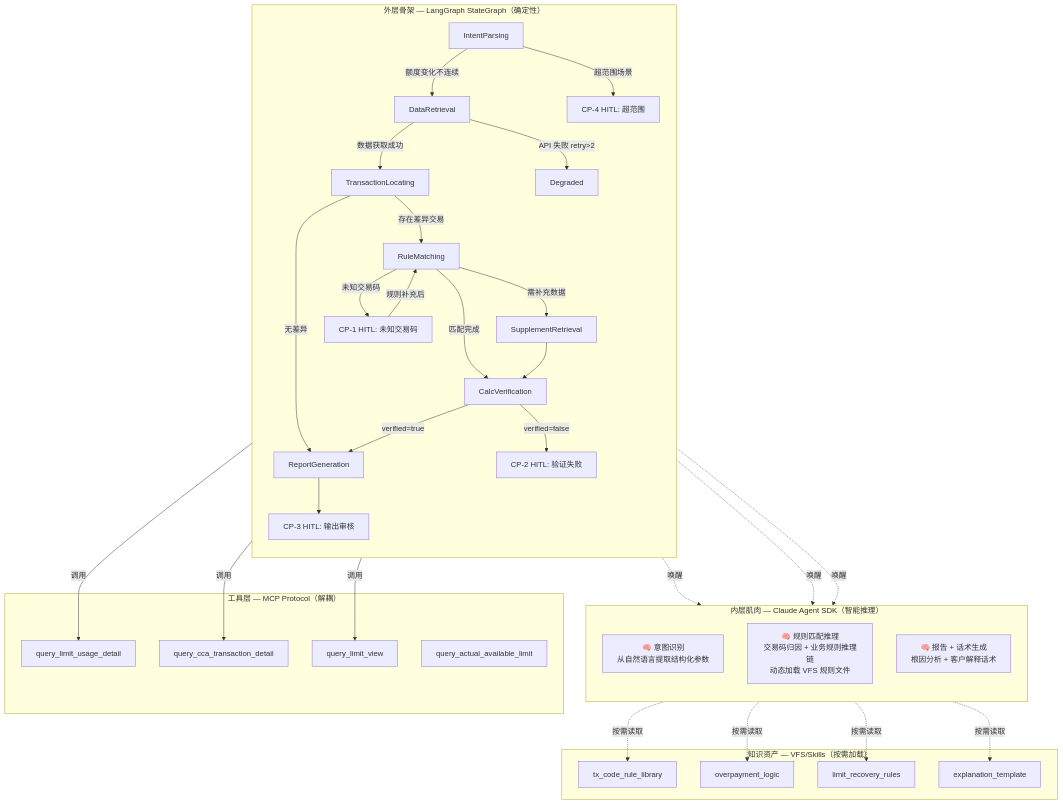
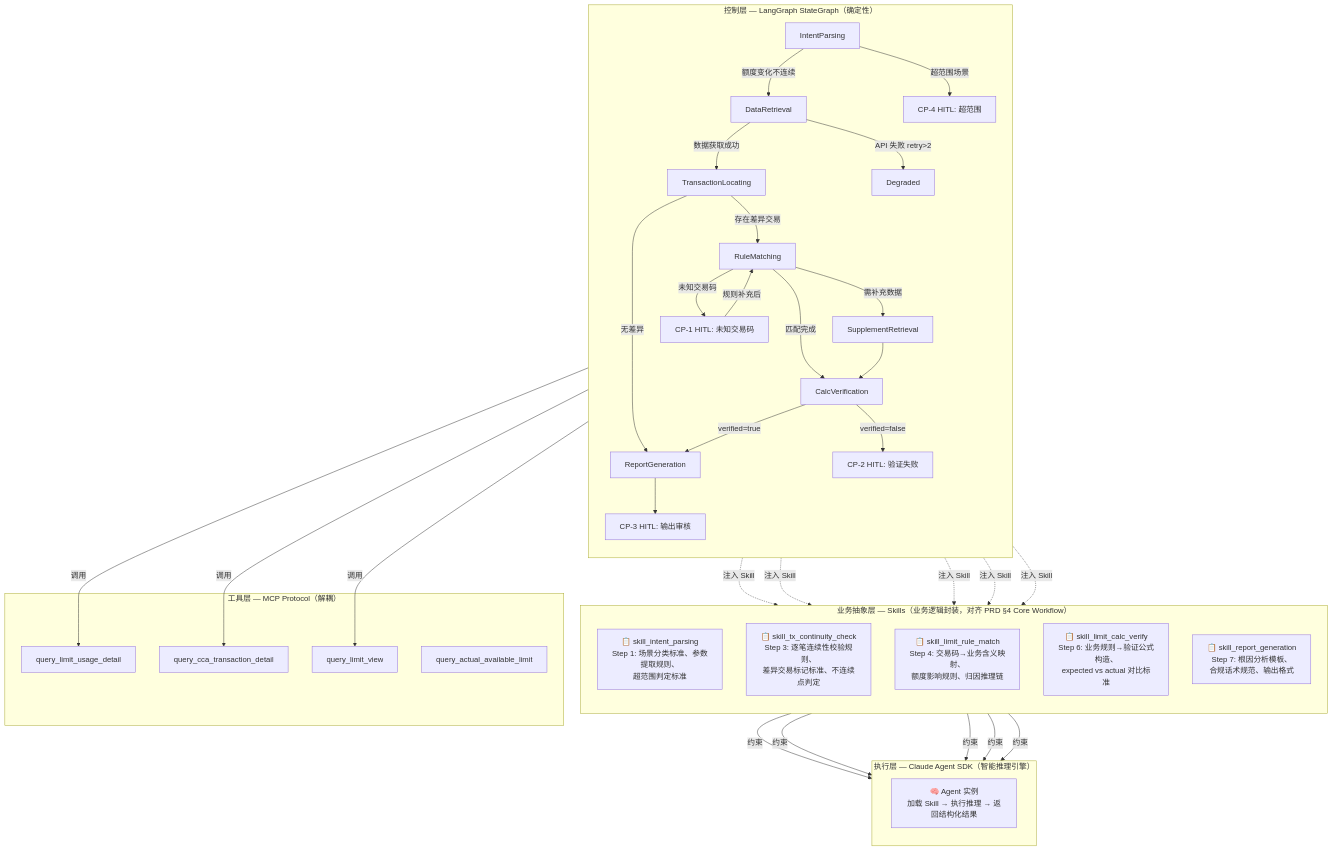
One commit to southpy/auth-limit-autopilot changed the first of 2 diagrams in 01-design/architecture.md. Above: the diagram before and after it, drawn with Mermaid. The commit also changed other lines of this file and 4 other files, not shown here.

````diff
--- a/01-design/architecture.md
+++ b/01-design/architecture.md
@@ -59,65 +72,68 @@
 ```mermaid
 flowchart TB
-    subgraph Skeleton["外层骨架 — LangGraph StateGraph（确定性）"]
+    subgraph Skeleton["控制层 — LangGraph StateGraph（确定性）"]
         direction TB
         S1[IntentParsing]
         S2[DataRetrieval]
         S3[TransactionLocating]
         S4[RuleMatching]
         S5[SupplementRetrieval]
         S6[CalcVerification]
         S7[ReportGeneration]
         CP1[CP-1 HITL: 未知交易码]
         CP2[CP-2 HITL: 验证失败]
         CP3[CP-3 HITL: 输出审核]
         CP4[CP-4 HITL: 超范围]
         DG[Degraded]
 
         S1 -->|额度变化不连续| S2
         S1 -->|超范围场景| CP4
         S2 -->|数据获取成功| S3
         S2 -->|API 失败 retry>2| DG
         S3 -->|存在差异交易| S4
         S3 -->|无差异| S7
         S4 -->|需补充数据| S5
         S4 -->|匹配完成| S6
         S4 -->|未知交易码| CP1
         S5 --> S6
         S6 -->|verified=true| S7
         S6 -->|verified=false| CP2
         S7 --> CP3
         CP1 -->|规则补充后| S4
     end
 
-    subgraph Muscle["内层肌肉 — Claude Agent SDK（智能推理）"]
+    subgraph Skills["业务抽象层 — Skills（业务逻辑封装，对齐 PRD §4 Core Workflow）"]
         direction TB
-        M1["🧠 意图识别<br/>从自然语言提取结构化参数"]
-        M4["🧠 规则匹配推理<br/>交易码归因 + 业务规则推理链<br/>动态加载 VFS 规则文件"]
-        M7["🧠 报告 + 话术生成<br/>根因分析 + 客户解释话术"]
+        SK1["📋 skill_intent_parsing<br/>Step 1: 场景分类标准、参数提取规则、<br/>超范围判定标准"]
+        SK3["📋 skill_tx_continuity_check<br/>Step 3: 逐笔连续性校验规则、<br/>差异交易标记标准、不连续点判定"]
+        SK4["📋 skill_limit_rule_match<br/>Step 4: 交易码→业务含义映射、<br/>额度影响规则、归因推理链"]
+        SK6["📋 skill_limit_calc_verify<br/>Step 6: 业务规则→验证公式构造、<br/>expected vs actual 对比标准"]
+        SK7["📋 skill_report_generation<br/>Step 7: 根因分析模板、<br/>合规话术规范、输出格式"]
+    end
+
+    subgraph Muscle["执行层 — Claude Agent SDK（智能推理引擎）"]
+        direction TB
+        M1["🧠 Agent 实例<br/>加载 Skill → 执行推理 → 返回结构化结果"]
     end
 
     subgraph Tools["工具层 — MCP Protocol（解耦）"]
         T1[query_limit_usage_detail]
         T2[query_cca_transaction_detail]
         T3[query_limit_view]
         T4[query_actual_available_limit]
     end
 
-    subgraph VFS["知识资产 — VFS/Skills（按需加载）"]
-        K1[tx_code_rule_library]
-        K2[overpayment_logic]
-        K3[limit_recovery_rules]
-        K4[explanation_template]
-    end
-
-    S1 -.->|唤醒| M1
-    S4 -.->|唤醒| M4
-    S7 -.->|唤醒| M7
+    S1 -.->|注入 Skill| SK1
+    S3 -.->|注入 Skill| SK3
+    S4 -.->|注入 Skill| SK4
+    S6 -.->|注入 Skill| SK6
+    S7 -.->|注入 Skill| SK7
+    SK1 -->|约束| M1
+    SK3 -->|约束| M1
+    SK4 -->|约束| M1
+    SK6 -->|约束| M1
+    SK7 -->|约束| M1
     S2 -->|调用| T1
     S5 -->|调用| T2
     S5 -->|调用| T3
-    M4 -.->|按需读取| K1
-    M4 -.->|按需读取| K2
-    M4 -.->|按需读取| K3
-    M7 -.->|按需读取| K4
 ```
````
